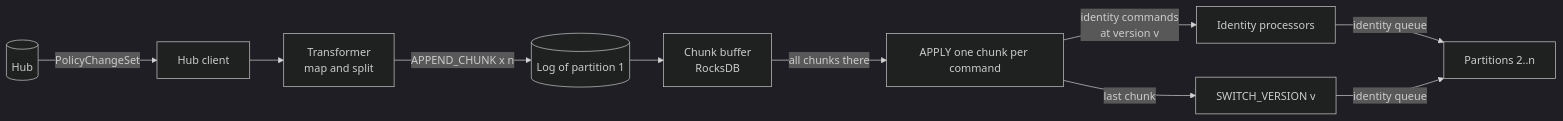
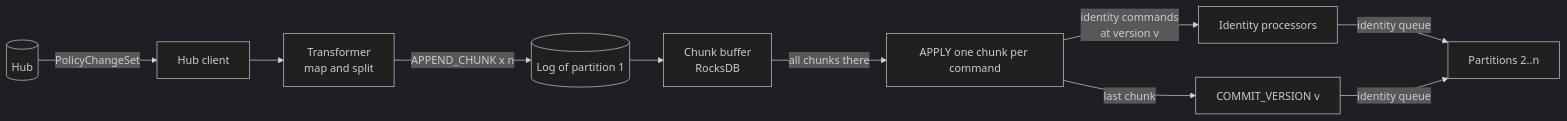
The second of 3 diagrams in docs/zeebe/hub-identity.md (camunda/camunda), drawn with Mermaid (dark theme) before and after one commit. The commit also changed other lines of this file and 5 other files, not shown here.

First line of the commit message:
refactor: name the last step of a policy update a version commit

````diff
--- a/docs/zeebe/hub-identity.md
+++ b/docs/zeebe/hub-identity.md
@@ -109,12 +109,12 @@
 ```mermaid
 flowchart LR
   Hub[(Hub)] -->|PolicyChangeSet| Client[Hub client]
   Client --> Transformer[Transformer<br/>map and split]
   Transformer -->|APPEND_CHUNK x n| Log[(Log of partition 1)]
   Log --> Buffer[Chunk buffer<br/>RocksDB]
   Buffer -->|all chunks there| Apply[APPLY one chunk per command]
   Apply -->|identity commands<br/>at version v| Identity[Identity processors]
   Identity -->|identity queue| Others[Partitions 2..n]
-  Apply -->|last chunk| Switch[SWITCH_VERSION v]
-  Switch -->|identity queue| Others
+  Apply -->|last chunk| Commit[COMMIT_VERSION v]
+  Commit -->|identity queue| Others
 ```
````
